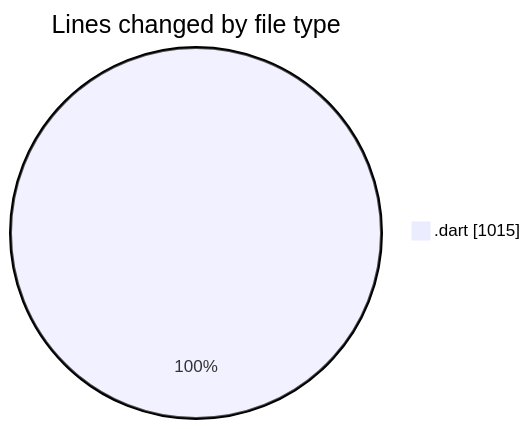
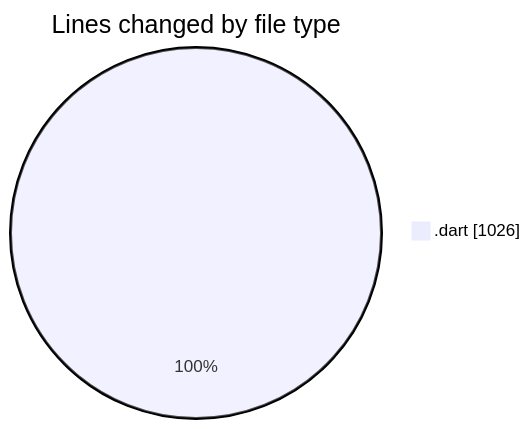
Before and after one commit to donsfak/code-tracking: the first of 2 diagrams in 2025-03-08/uber_clone/README.md, drawn with Mermaid. The commit also changed other lines of this file and 1 other file, not shown here.

````diff
--- a/2025-03-08/uber_clone/README.md
+++ b/2025-03-08/uber_clone/README.md
@@ -21,5 +21,5 @@
 ```mermaid
 pie showData
 title Lines changed by file type
-".dart" : 1015
+".dart" : 1026
 ```
````
